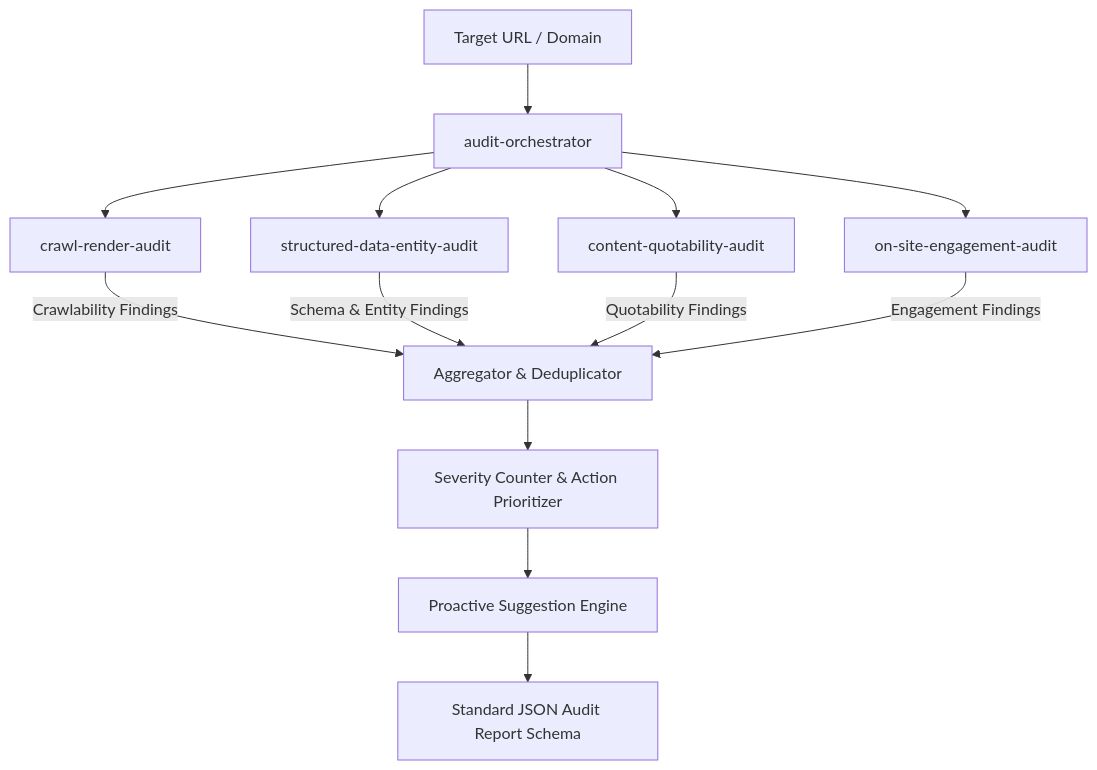
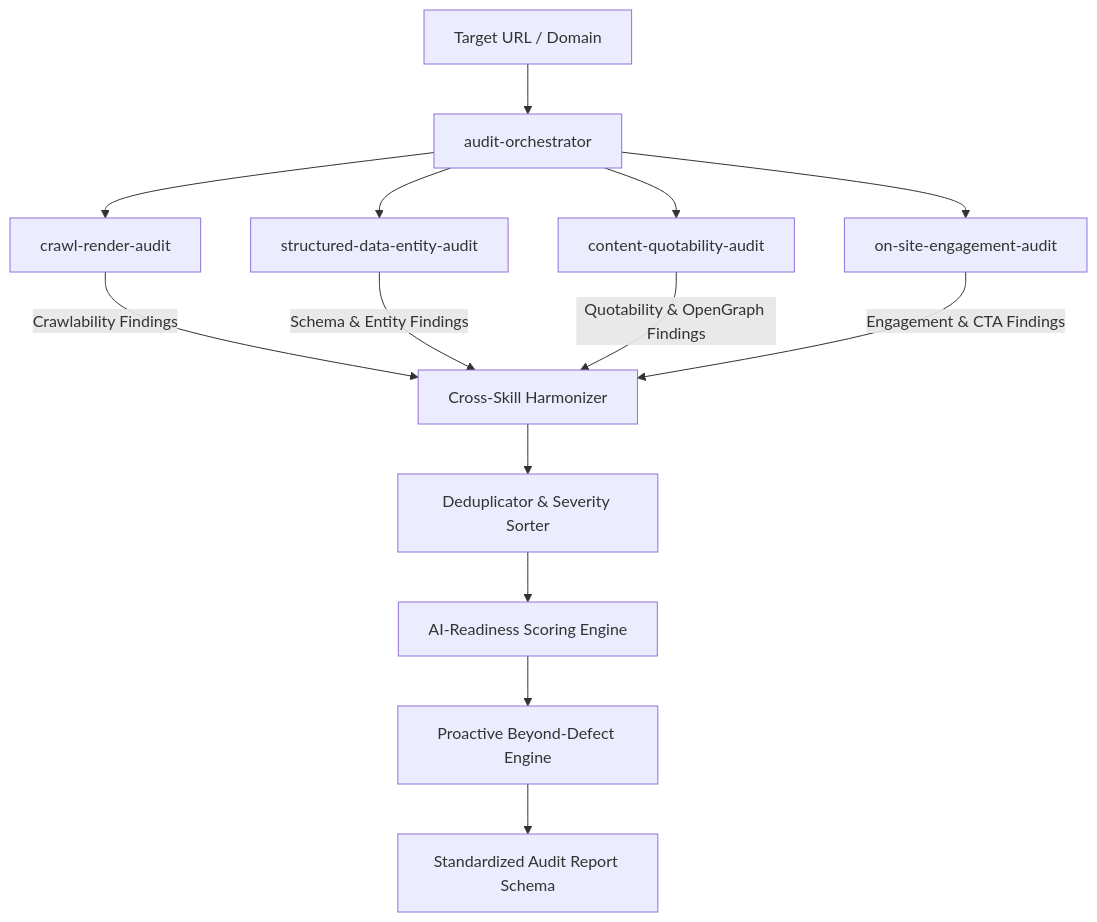
The diagram in brand-ai-readiness-audit/README.md (L-Pratham77/ADB1), drawn with Mermaid before and after one commit. The commit also changed other lines of this file and 18 other files, not shown here.

First line of the commit message:
Finalize Brand AI-Readiness Audit Marketplace for Adobe Hackathon Round 3

````diff
--- a/brand-ai-readiness-audit/README.md
+++ b/brand-ai-readiness-audit/README.md
@@ -82,15 +89,16 @@
 ```mermaid
 graph TD
     A[Target URL / Domain] --> B[audit-orchestrator]
     B --> C[crawl-render-audit]
     B --> D[structured-data-entity-audit]
     B --> E[content-quotability-audit]
     B --> F[on-site-engagement-audit]
-    C -->|Crawlability Findings| G[Aggregator & Deduplicator]
+    C -->|Crawlability Findings| G[Cross-Skill Harmonizer]
     D -->|Schema & Entity Findings| G
-    E -->|Quotability Findings| G
-    F -->|Engagement Findings| G
-    G --> H[Severity Counter & Action Prioritizer]
-    H --> I[Proactive Suggestion Engine]
-    I --> J[Standard JSON Audit Report Schema]
+    E -->|Quotability & OpenGraph Findings| G
+    F -->|Engagement & CTA Findings| G
+    G --> H[Deduplicator & Severity Sorter]
+    H --> I[AI-Readiness Scoring Engine]
+    I --> J[Proactive Beyond-Defect Engine]
+    J --> K[Standardized Audit Report Schema]
 ```
````
